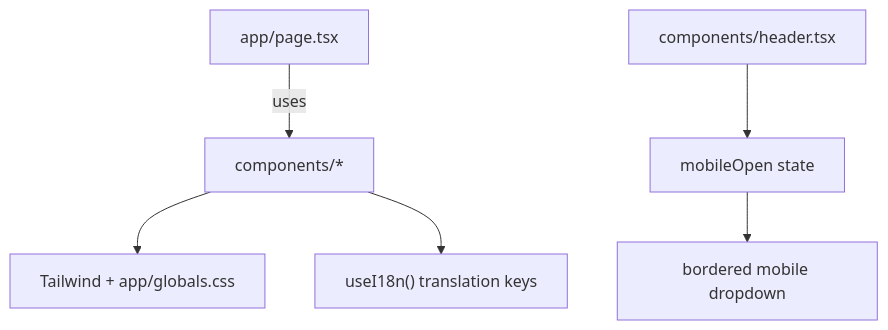
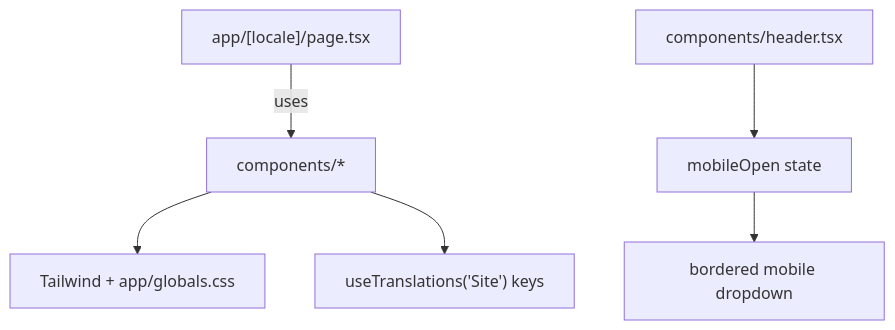
Before and after one commit to ipavic933-spec/website-pavic: the diagram in lode/practices.md, drawn with Mermaid. The commit also changed other lines of this file and 26 other files, not shown here.

````diff
--- a/lode/practices.md
+++ b/lode/practices.md
@@ -11,8 +11,8 @@
 ```mermaid
 flowchart TD
-  Page["app/page.tsx"] -->|uses| Components["components/*"]
+  Page["app/[locale]/page.tsx"] -->|uses| Components["components/*"]
   Components --> Styles["Tailwind + app/globals.css"]
   Header["components/header.tsx"] --> Toggle["mobileOpen state"]
   Toggle --> OverlayNav["bordered mobile dropdown"]
-  Components --> I18N["useI18n() translation keys"]
+  Components --> I18N["useTranslations('Site') keys"]
 ```
````
